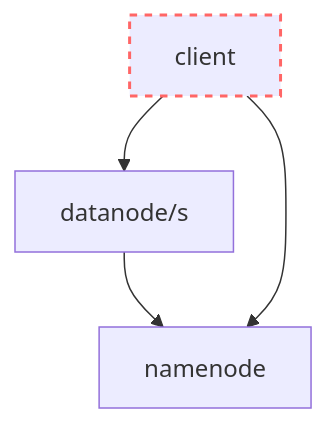
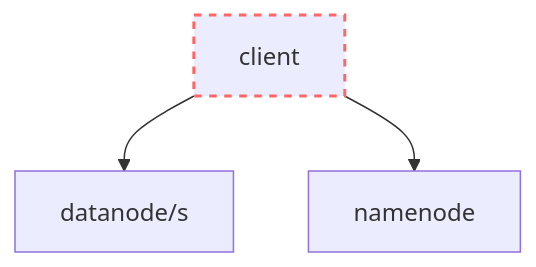
Before and after one commit to miquelvir/lsds-2025: the diagram in labs/1-hdfs/README.md, drawn with Mermaid.

````diff
--- a/labs/1-hdfs/README.md
+++ b/labs/1-hdfs/README.md
@@ -377,8 +377,7 @@
 ```mermaid
 graph TD;
     client-->datanode/s;
-    datanode/s-->namenode;
     client-->namenode;
 
     style client stroke:#f66,stroke-width:2px,stroke-dasharray: 5 5
 ```
````
